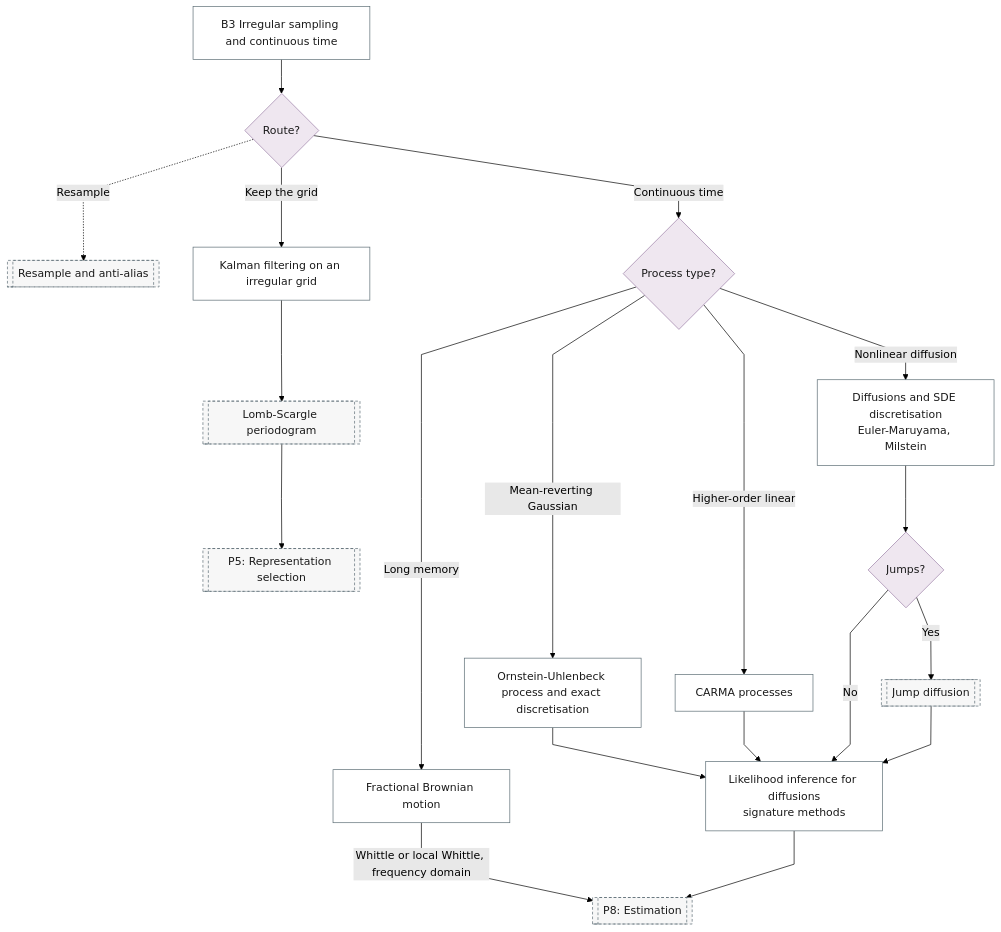
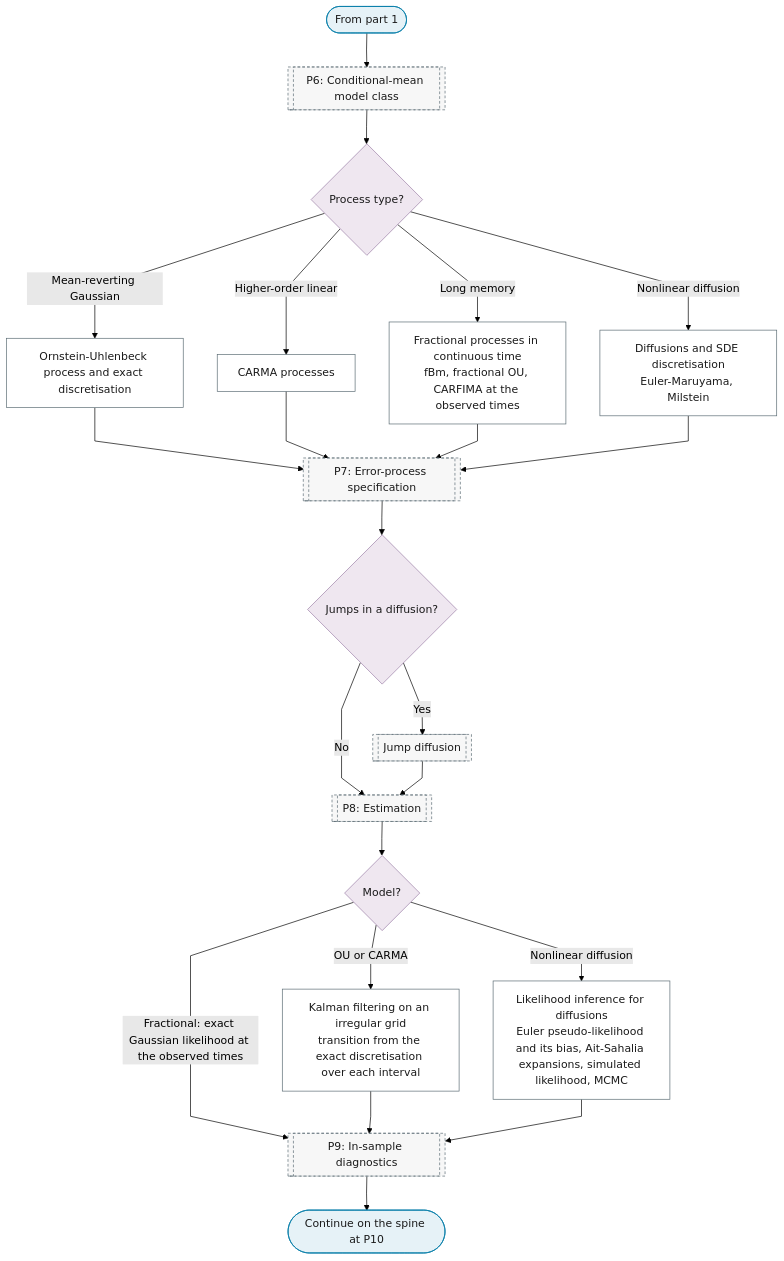
One commit to Shuxin-Y/time-series-analysis-manual changed the second of 2 diagrams in docs/reference/15-continuous-time/index.md. Above: the diagram before and after it, drawn with Mermaid (forest theme). The commit also changed other lines of this file and 8 other files, not shown here.

````diff
--- a/docs/reference/15-continuous-time/index.md
+++ b/docs/reference/15-continuous-time/index.md
@@ -7,32 +38,33 @@
 ```mermaid
 %%{init: {"flowchart": {"curve": "linear"}}}%%
 graph TD
-    B3["B3 Irregular sampling and continuous time"] --> B3_ROUTE{"Route?"}
-    B3_ROUTE -.->|"Resample"| P1_RESAMPLE[["Resample and anti-alias"]]
-    B3_ROUTE -->|"Keep the grid"| B3_IRREGULAR_KALMAN["Kalman filtering on an irregular grid"]
-    B3_ROUTE -->|"Continuous time"| B3_PROCESS{"Process type?"}
+    B3_PART_2_IN(["From part 1"]) --> P6[["P6: Conditional-mean model class"]]
+    P6 --> B3_PROCESS{"Process type?"}
     B3_PROCESS -->|"Mean-reverting Gaussian"| B3_OU["Ornstein-Uhlenbeck process and exact discretisation"]
     B3_PROCESS -->|"Higher-order linear"| B3_CARMA["CARMA processes"]
-    B3_PROCESS -->|"Long memory"| B3_FBM["Fractional Brownian motion"]
+    B3_PROCESS -->|"Long memory"| B3_FBM["Fractional processes in continuous time<br/>fBm, fractional OU, CARFIMA at the observed times"]
     B3_PROCESS -->|"Nonlinear diffusion"| B3_SDE["Diffusions and SDE discretisation<br/>Euler-Maruyama, Milstein"]
-    B3_IRREGULAR_KALMAN --> P5_FD_LOMB_SCARGLE[["Lomb-Scargle periodogram"]]
-    P5_FD_LOMB_SCARGLE --> P5[["P5: Representation selection"]]
-    B3_OU & B3_CARMA --> B3_SDE_INFERENCE
-    B3_FBM -->|"Whittle or local Whittle, frequency domain"| P8
-    B3_SDE --> B3_JUMPS{"Jumps?"}
+    B3_OU & B3_CARMA & B3_FBM & B3_SDE --> P7[["P7: Error-process specification"]]
+    P7 --> B3_JUMPS{"Jumps in a diffusion?"}
     B3_JUMPS -->|"Yes"| P7_JUMPS[["Jump diffusion"]]
-    B3_JUMPS -->|"No"| B3_SDE_INFERENCE
-    P7_JUMPS --> B3_SDE_INFERENCE["Likelihood inference for diffusions<br/>signature methods"]
-    B3_SDE_INFERENCE --> P8[["P8: Estimation"]]
-    class B3_ROUTE,B3_PROCESS,B3_JUMPS decision
-    class B3,B3_IRREGULAR_KALMAN,B3_OU,B3_CARMA,B3_FBM,B3_SDE,B3_SDE_INFERENCE process
-    class P1_RESAMPLE,P5_FD_LOMB_SCARGLE,P5,P7_JUMPS,P8 ref
+    B3_JUMPS -->|"No"| P8
+    P7_JUMPS --> P8[["P8: Estimation"]]
+    P8 --> B3_ESTIMATOR{"Model?"}
+    B3_ESTIMATOR -->|"OU or CARMA"| B3_IRREGULAR_KALMAN["Kalman filtering on an irregular grid<br/>transition from the exact discretisation over each interval"]
+    B3_ESTIMATOR -->|"Fractional: exact Gaussian likelihood at the observed times"| P9
+    B3_ESTIMATOR -->|"Nonlinear diffusion"| B3_SDE_INFERENCE["Likelihood inference for diffusions<br/>Euler pseudo-likelihood and its bias, Ait-Sahalia expansions, simulated likelihood, MCMC"]
+    B3_IRREGULAR_KALMAN & B3_SDE_INFERENCE --> P9[["P9: In-sample diagnostics"]]
+    P9 --> B3_OUT(["Continue on the spine at P10"])
+    class B3_PART_2_IN,B3_OUT terminator
+    class B3_PROCESS,B3_JUMPS,B3_ESTIMATOR decision
+    class B3_OU,B3_CARMA,B3_FBM,B3_SDE,B3_IRREGULAR_KALMAN,B3_SDE_INFERENCE process
+    class P6,P7,P7_JUMPS,P8,P9 ref
     classDef terminator fill:#E6F2F7,stroke:#007BA7,color:#1A1A1A;
     classDef process fill:#FFFFFF,stroke:#5A6B73,color:#1A1A1A;
     classDef decision fill:#EFE7F0,stroke:#9B7FA7,color:#1A1A1A;
     classDef data fill:#FFF4E0,stroke:#C9A55E,color:#1A1A1A;
     classDef good fill:#DCEFD8,stroke:#4A7A3F,color:#1A1A1A;
     classDef escalate fill:#FFE9C2,stroke:#C9A55E,color:#1A1A1A;
     classDef problem fill:#F2D9DE,stroke:#800020,color:#1A1A1A;
     classDef ref fill:#F7F7F7,stroke:#5A6B73,color:#1A1A1A,stroke-dasharray:4 3;
 ```
````
